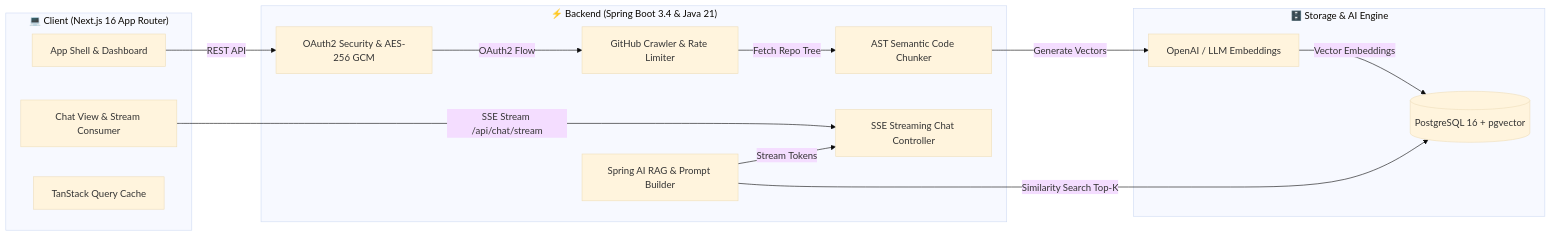
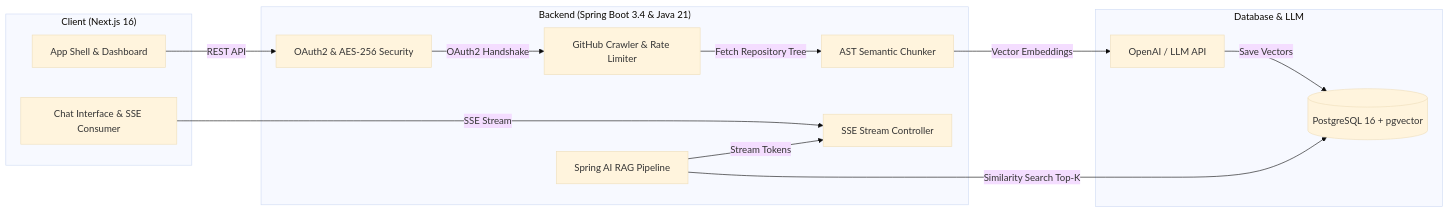
One commit to sanjanamandal1/plottwist changed the diagram in README.md. Above: the diagram before and after it, drawn with Mermaid (base theme). The commit also changed other lines of this file and 1 other file, not shown here.

````diff
--- a/README.md
+++ b/README.md
@@ -51,30 +36,29 @@
 ```mermaid
 flowchart LR
-    subgraph Client ["💻 Client (Next.js 16 App Router)"]
+    subgraph Client ["Client (Next.js 16)"]
         UI[App Shell & Dashboard]
-        Chat[Chat View & Stream Consumer]
-        Store[TanStack Query Cache]
+        Chat[Chat Interface & SSE Consumer]
     end
 
-    subgraph Backend ["⚡ Backend (Spring Boot 3.4 & Java 21)"]
-        Auth[OAuth2 Security & AES-256 GCM]
+    subgraph Backend ["Backend (Spring Boot 3.4 & Java 21)"]
+        Auth[OAuth2 & AES-256 Security]
         Crawler[GitHub Crawler & Rate Limiter]
-        Chunker[AST Semantic Code Chunker]
-        RAG[Spring AI RAG & Prompt Builder]
-        SSE[SSE Streaming Chat Controller]
+        Chunker[AST Semantic Chunker]
+        RAG[Spring AI RAG Pipeline]
+        SSE[SSE Stream Controller]
     end
 
-    subgraph Storage ["🗄️ Storage & AI Engine"]
+    subgraph Storage ["Database & LLM"]
         PG[(PostgreSQL 16 + pgvector)]
-        LLM[OpenAI / LLM Embeddings]
+        LLM[OpenAI / LLM API]
     end
 
     UI -->|REST API| Auth
-    Chat -->|SSE Stream /api/chat/stream| SSE
-    Auth -->|OAuth2 Flow| Crawler
-    Crawler -->|Fetch Repo Tree| Chunker
-    Chunker -->|Generate Vectors| LLM
-    LLM -->|Vector Embeddings| PG
+    Chat -->|SSE Stream| SSE
+    Auth -->|OAuth2 Handshake| Crawler
+    Crawler -->|Fetch Repository Tree| Chunker
+    Chunker -->|Vector Embeddings| LLM
+    LLM -->|Save Vectors| PG
     RAG -->|Similarity Search Top-K| PG
     RAG -->|Stream Tokens| SSE
 ```
````
